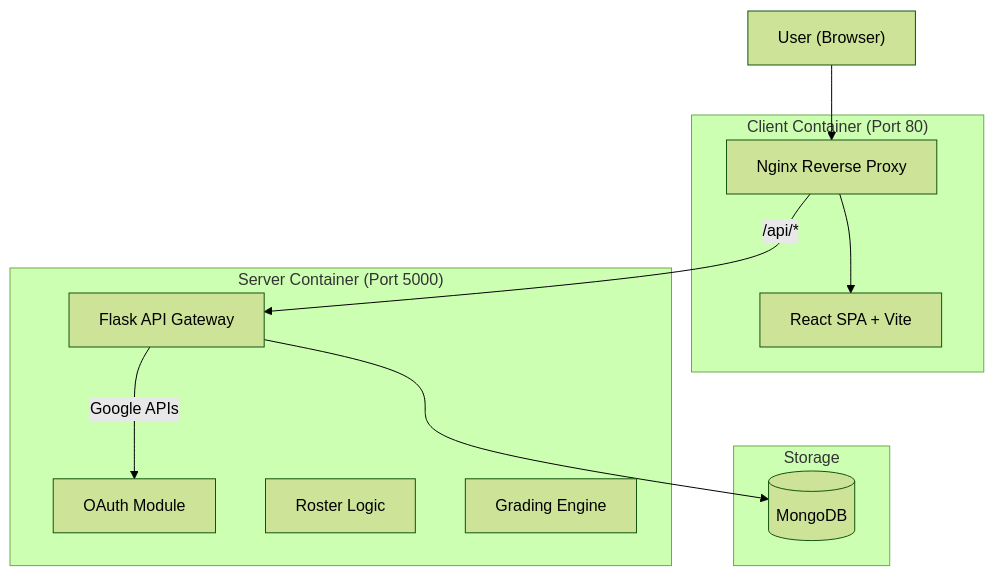
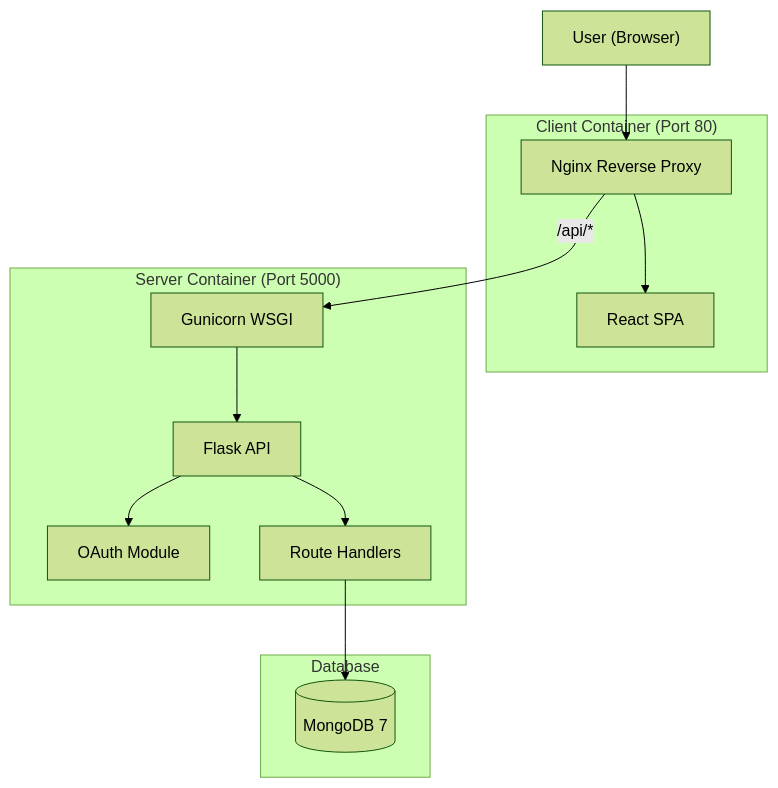
The diagram in walkthrough.md (Astatide1337/Rooster), drawn with Mermaid (forest theme) before and after one commit. The commit also changed other lines of this file and 1 other file, not shown here.

````diff
--- a/walkthrough.md
+++ b/walkthrough.md
@@ -35,26 +11,28 @@
 ```mermaid
 graph TD
     User["User (Browser)"]
     
     subgraph Frontend["Client Container (Port 80)"]
         Nginx["Nginx Reverse Proxy"]
-        React["React SPA + Vite"]
+        React["React SPA"]
     end
     
     subgraph Backend["Server Container (Port 5000)"]
-        Flask["Flask API Gateway"]
+        Gunicorn["Gunicorn WSGI"]
+        Flask["Flask API"]
         Auth["OAuth Module"]
-        Roster["Roster Logic"]
-        Grades["Grading Engine"]
+        Routes["Route Handlers"]
     end
     
-    subgraph Storage
-        Mongo[(MongoDB)]
+    subgraph Storage["Database"]
+        Mongo[("MongoDB 7")]
     end
 
     User --> Nginx
     Nginx --> React
-    Nginx -->|/api/*| Flask
-    Flask --> Mongo
-    Flask -->|Google APIs| Auth
+    Nginx -->|/api/*| Gunicorn
+    Gunicorn --> Flask
+    Flask --> Routes
+    Flask --> Auth
+    Routes --> Mongo
 ```
````
